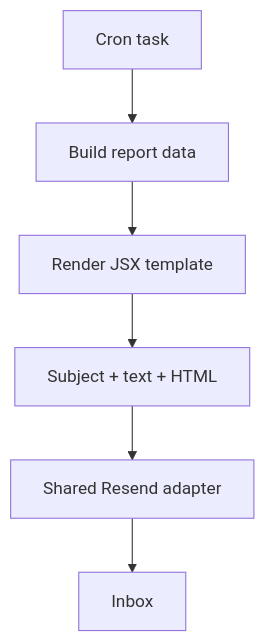
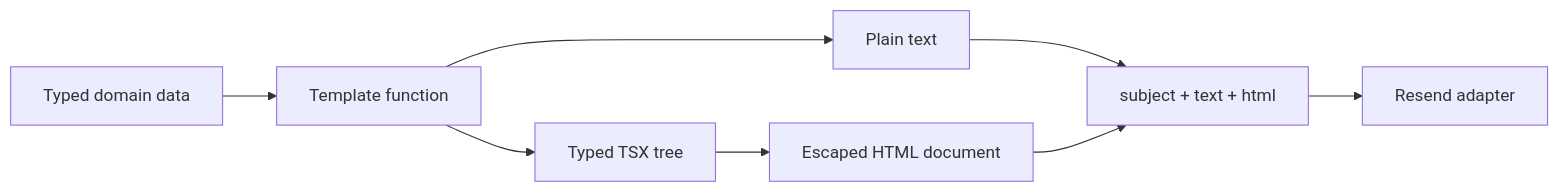
Before and after one commit to ErickCReis/ErickCReis: the diagram in web/content/blog/email-templates-without-a-template-framework.mdx, drawn with Mermaid. The commit also changed other lines of this file and 33 other files, not shown here.

````diff
--- a/web/content/blog/email-templates-without-a-template-framework.mdx
+++ b/web/content/blog/email-templates-without-a-template-framework.mdx
@@ -14,8 +20,10 @@
 ```mermaid center
-flowchart TB
-  Cron["Cron task"] --> Data["Build report data"]
-  Data --> Template["Render JSX template"]
-  Template --> Message["Subject + text + HTML"]
-  Message --> Delivery["Shared Resend adapter"]
-  Delivery --> Inbox["Inbox"]
+flowchart LR
+  Data["Typed domain data"] --> Renderer["Template function"]
+  Renderer --> Text["Plain text"]
+  Renderer --> JSX["Typed TSX tree"]
+  JSX --> HTML["Escaped HTML document"]
+  Text --> Message["subject + text + html"]
+  HTML --> Message
+  Message --> Adapter["Resend adapter"]
 ```
````
